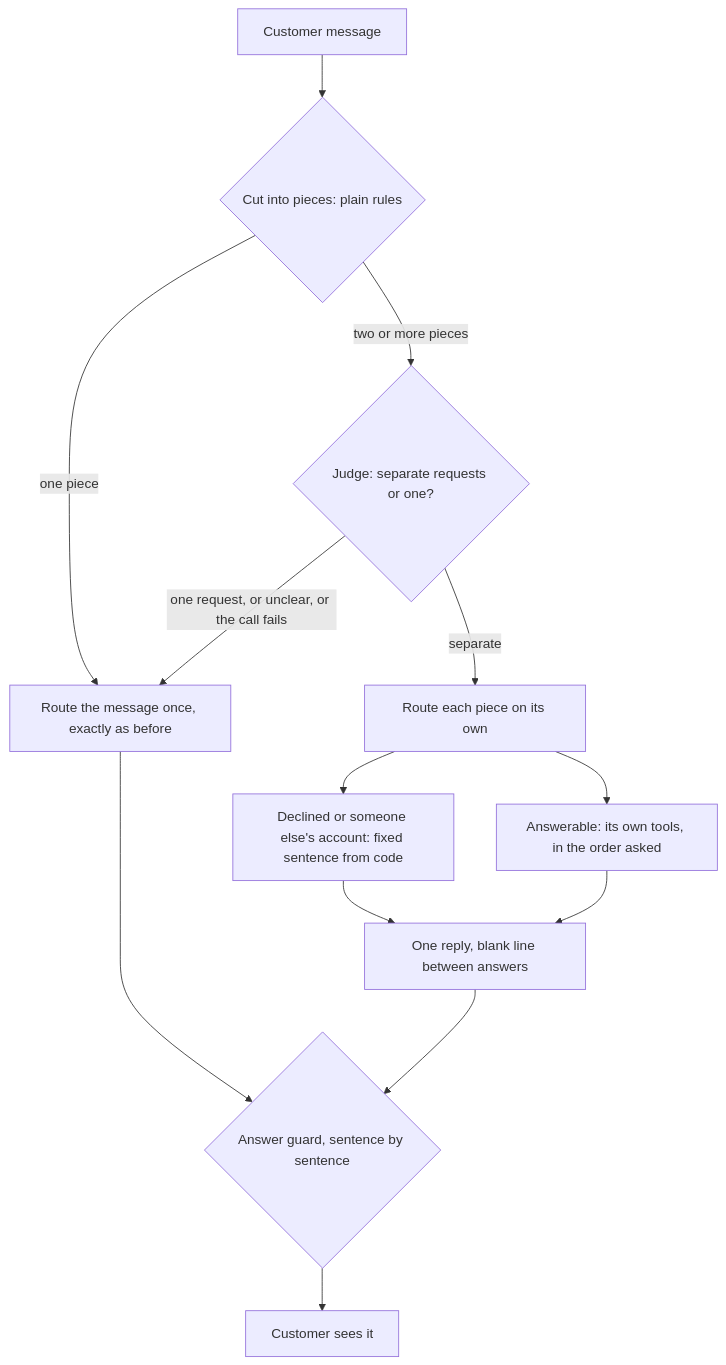
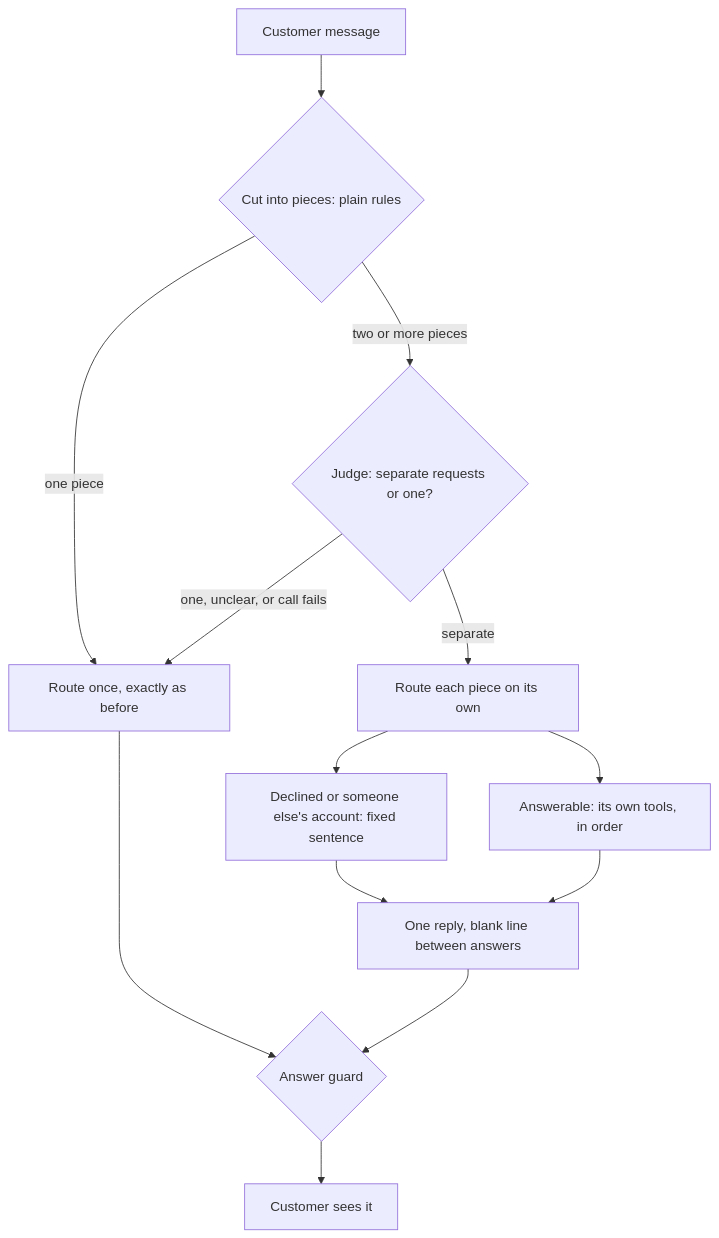
The eighth of 8 diagrams in README.md (renup/Brokerage_Ledger_AI_Assitant), drawn with Mermaid before and after one commit. The commit also changed other lines of this file, not shown here.

````diff
--- a/README.md
+++ b/README.md
@@ -376,15 +312,15 @@
 ```mermaid
 flowchart TD
   Q["Customer message"] --> S{"Cut into pieces: plain rules"}
-  S -->|"one piece"| A["Route the message once, exactly as before"]
+  S -->|"one piece"| A["Route once, exactly as before"]
   S -->|"two or more pieces"| J{"Judge: separate requests or one?"}
-  J -->|"one request, or unclear, or the call fails"| A
+  J -->|"one, unclear, or call fails"| A
   J -->|"separate"| R["Route each piece on its own"]
-  R --> D["Declined or someone else's account: fixed sentence from code"]
-  R --> K["Answerable: its own tools, in the order asked"]
+  R --> D["Declined or someone else's account: fixed sentence"]
+  R --> K["Answerable: its own tools, in order"]
   D --> M["One reply, blank line between answers"]
   K --> M
-  A --> G{"Answer guard, sentence by sentence"}
+  A --> G{"Answer guard"}
   M --> G
   G --> C["Customer sees it"]
 ```
````
